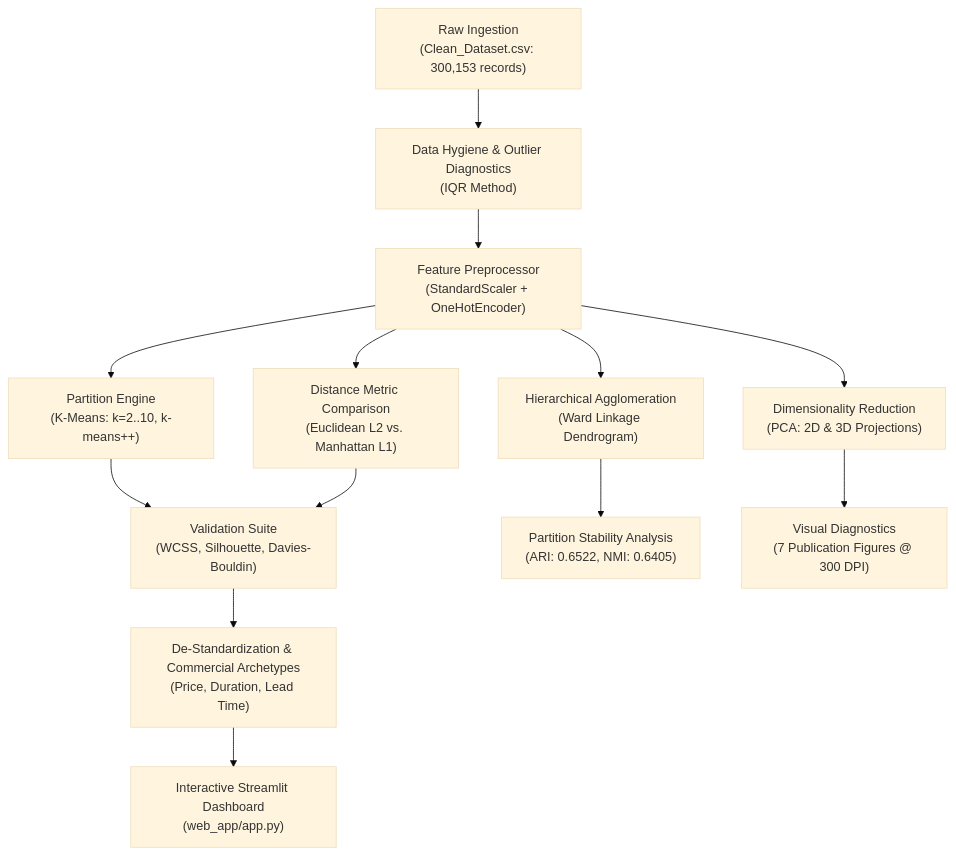
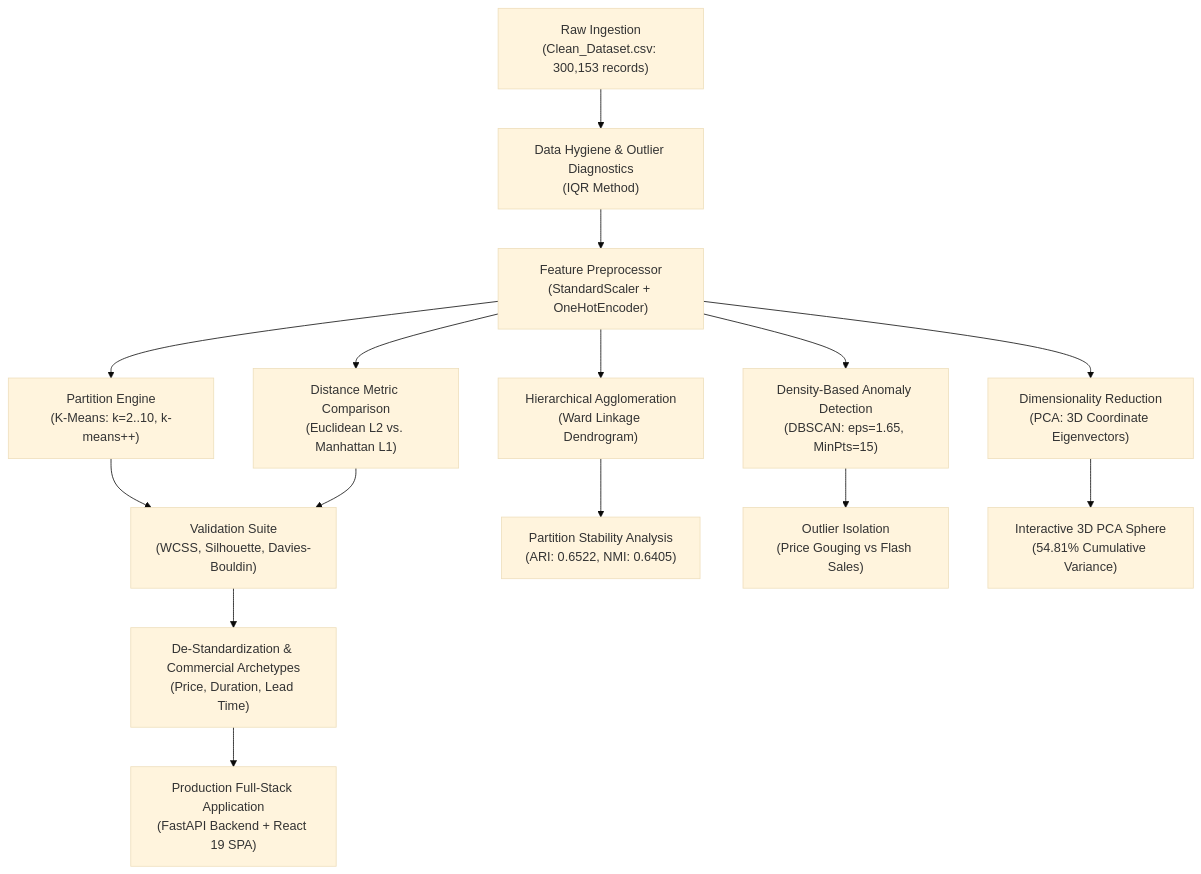
One commit to Saicharantejapudi/airfare-route-clustering changed the diagram in README.md. Above: the diagram before and after it, drawn with Mermaid (base theme). The commit also changed other lines of this file, not shown here.

Commit message:
updated readme with live render deployment link kaggle dataset reference and full project documentation

````diff
--- a/README.md
+++ b/README.md
@@ -41,15 +70,17 @@
 ```mermaid
 flowchart TD
     A["Raw Ingestion<br/>(Clean_Dataset.csv: 300,153 records)"] --> B["Data Hygiene & Outlier Diagnostics<br/>(IQR Method)"]
     B --> C["Feature Preprocessor<br/>(StandardScaler + OneHotEncoder)"]
     C --> D["Partition Engine<br/>(K-Means: k=2..10, k-means++)"]
     C --> E["Distance Metric Comparison<br/>(Euclidean L2 vs. Manhattan L1)"]
     C --> F["Hierarchical Agglomeration<br/>(Ward Linkage Dendrogram)"]
-    C --> G["Dimensionality Reduction<br/>(PCA: 2D & 3D Projections)"]
-    D --> H["Validation Suite<br/>(WCSS, Silhouette, Davies-Bouldin)"]
-    E --> H
-    F --> I["Partition Stability Analysis<br/>(ARI: 0.6522, NMI: 0.6405)"]
-    G --> J["Visual Diagnostics<br/>(7 Publication Figures @ 300 DPI)"]
-    H --> K["De-Standardization & Commercial Archetypes<br/>(Price, Duration, Lead Time)"]
-    K --> L["Interactive Streamlit Dashboard<br/>(web_app/app.py)"]
+    C --> G["Density-Based Anomaly Detection<br/>(DBSCAN: eps=1.65, MinPts=15)"]
+    C --> H["Dimensionality Reduction<br/>(PCA: 3D Coordinate Eigenvectors)"]
+    D --> I["Validation Suite<br/>(WCSS, Silhouette, Davies-Bouldin)"]
+    E --> I
+    F --> J["Partition Stability Analysis<br/>(ARI: 0.6522, NMI: 0.6405)"]
+    G --> K["Outlier Isolation<br/>(Price Gouging vs Flash Sales)"]
+    H --> L["Interactive 3D PCA Sphere<br/>(54.81% Cumulative Variance)"]
+    I --> M["De-Standardization & Commercial Archetypes<br/>(Price, Duration, Lead Time)"]
+    M --> N["Production Full-Stack Application<br/>(FastAPI Backend + React 19 SPA)"]
 ```
````
